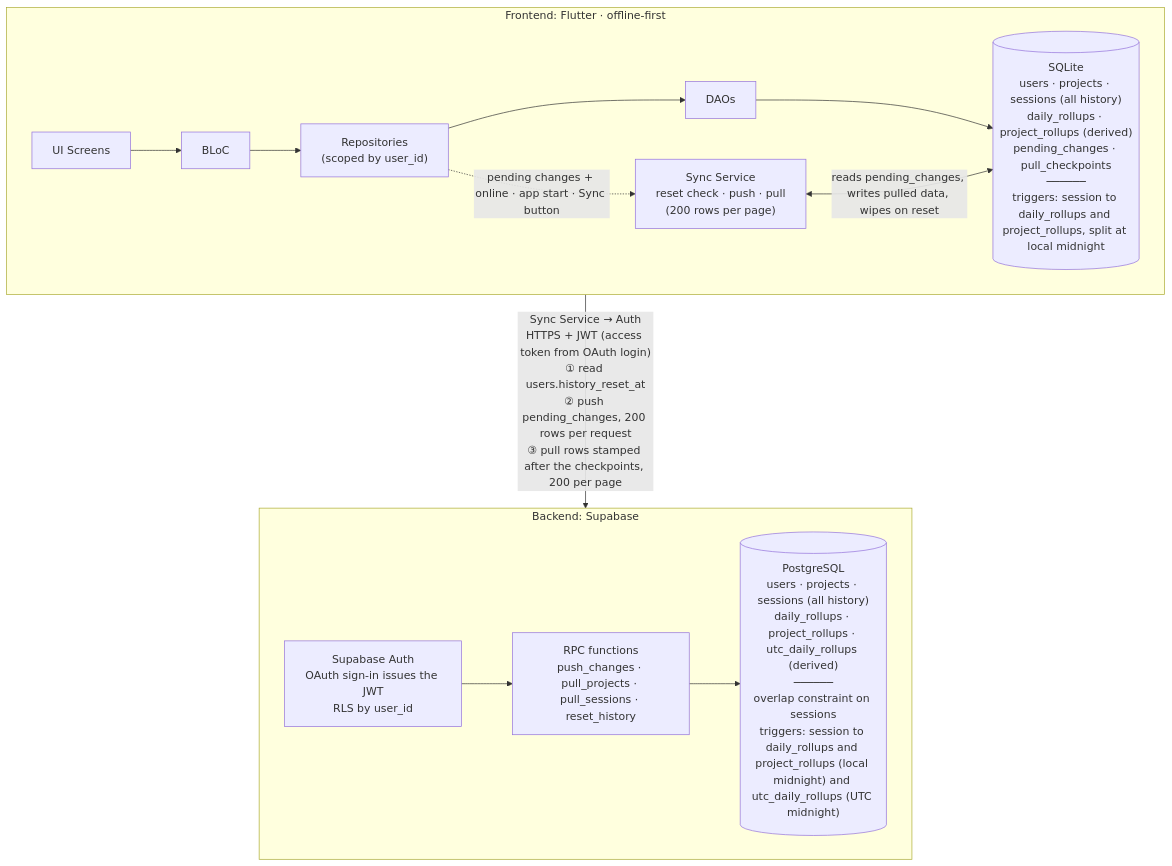
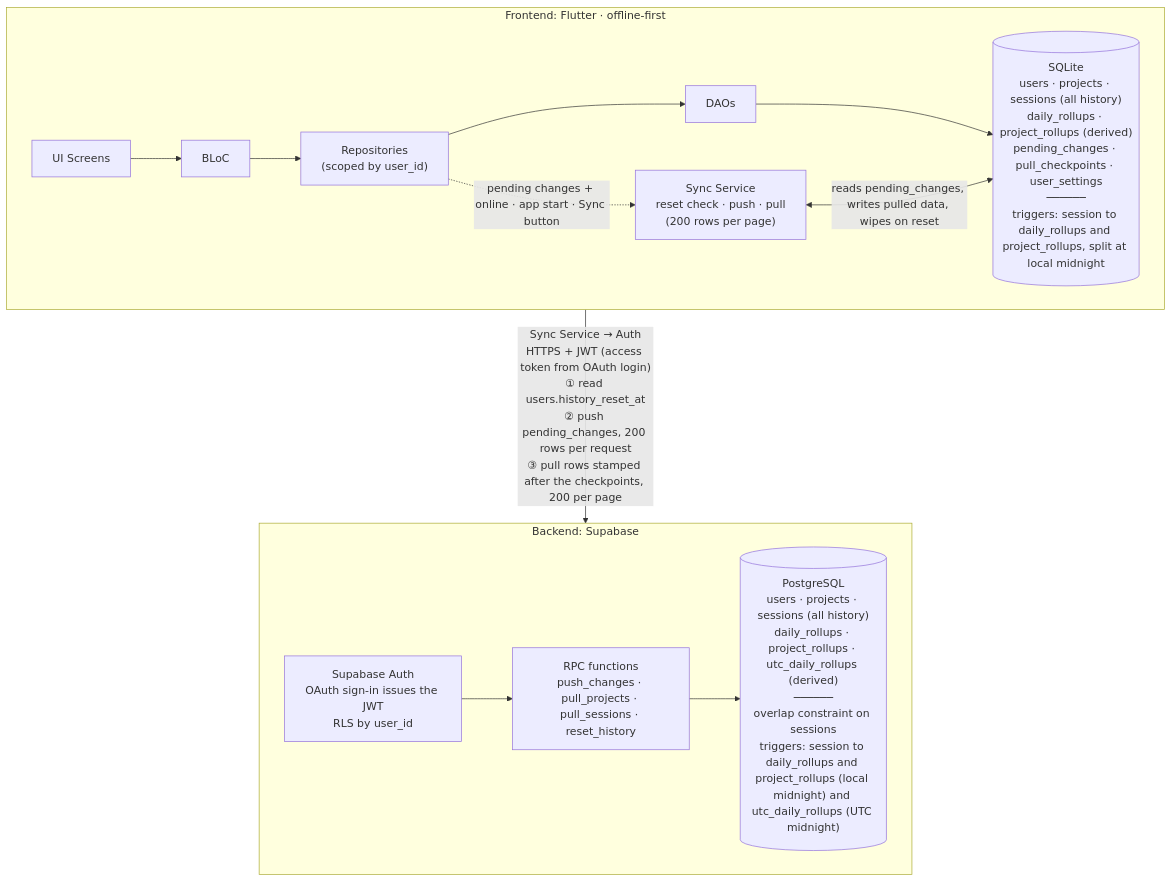
One commit to sardaar-niamotullah/tarkeez changed the first of 3 diagrams in README.md. Above: the diagram before and after it, drawn with Mermaid. The commit also changed other lines of this file and 1 other file, not shown here.

````diff
--- a/README.md
+++ b/README.md
@@ -293,16 +294,16 @@
 ```mermaid
 flowchart TB
   subgraph APP["Frontend: Flutter · offline-first"]
     direction LR
-    UI["UI Screens"] --> BLOC["BLoC"] --> REPO["Repositories<br/>(scoped by user_id)"] --> DAO["DAOs"] --> LDB[("SQLite<br/>users · projects · sessions (all history)<br/>daily_rollups · project_rollups (derived)<br/>pending_changes · pull_checkpoints<br/>──────<br/>triggers: session to daily_rollups and project_rollups, split at local midnight")]
+    UI["UI Screens"] --> BLOC["BLoC"] --> REPO["Repositories<br/>(scoped by user_id)"] --> DAO["DAOs"] --> LDB[("SQLite<br/>users · projects · sessions (all history)<br/>daily_rollups · project_rollups (derived)<br/>pending_changes · pull_checkpoints · user_settings<br/>──────<br/>triggers: session to daily_rollups and project_rollups, split at local midnight")]
     REPO -.->|"pending changes + online · app start · Sync button"| SYNC["Sync Service<br/>reset check · push · pull<br/>(200 rows per page)"]
     SYNC <-->|"reads pending_changes, writes pulled data, wipes on reset"| LDB
   end
 
   subgraph CLOUD["Backend: Supabase"]
     direction LR
     AUTH["Supabase Auth<br/>OAuth sign-in issues the JWT<br/>RLS by user_id"] --> RPC["RPC functions<br/>push_changes · pull_projects · pull_sessions · reset_history"] --> CDB[("PostgreSQL<br/>users · projects · sessions (all history)<br/>daily_rollups · project_rollups · utc_daily_rollups (derived)<br/>──────<br/>overlap constraint on sessions<br/>triggers: session to daily_rollups and project_rollups (local midnight) and utc_daily_rollups (UTC midnight)")]
   end
 
   APP -->|"Sync Service → Auth<br/>HTTPS + JWT (access token from OAuth login)<br/>① read users.history_reset_at<br/>② push pending_changes, 200 rows per request<br/>③ pull rows stamped after the checkpoints, 200 per page"| CLOUD
 ```
````
